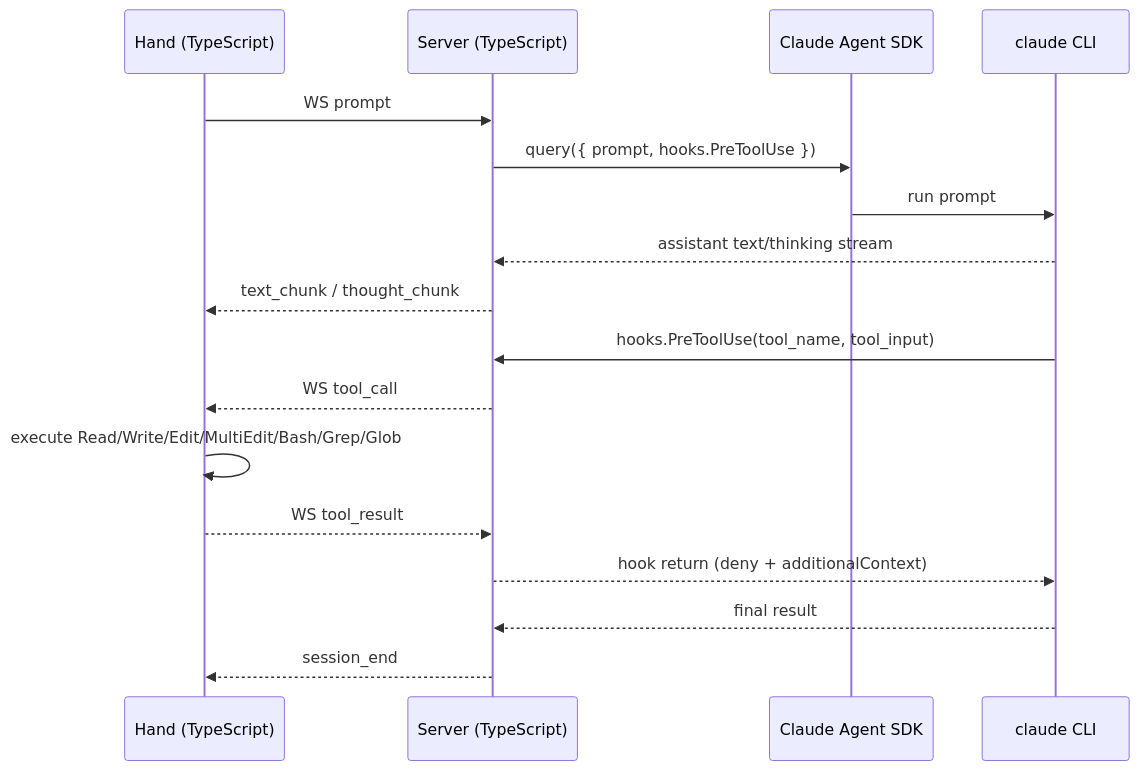
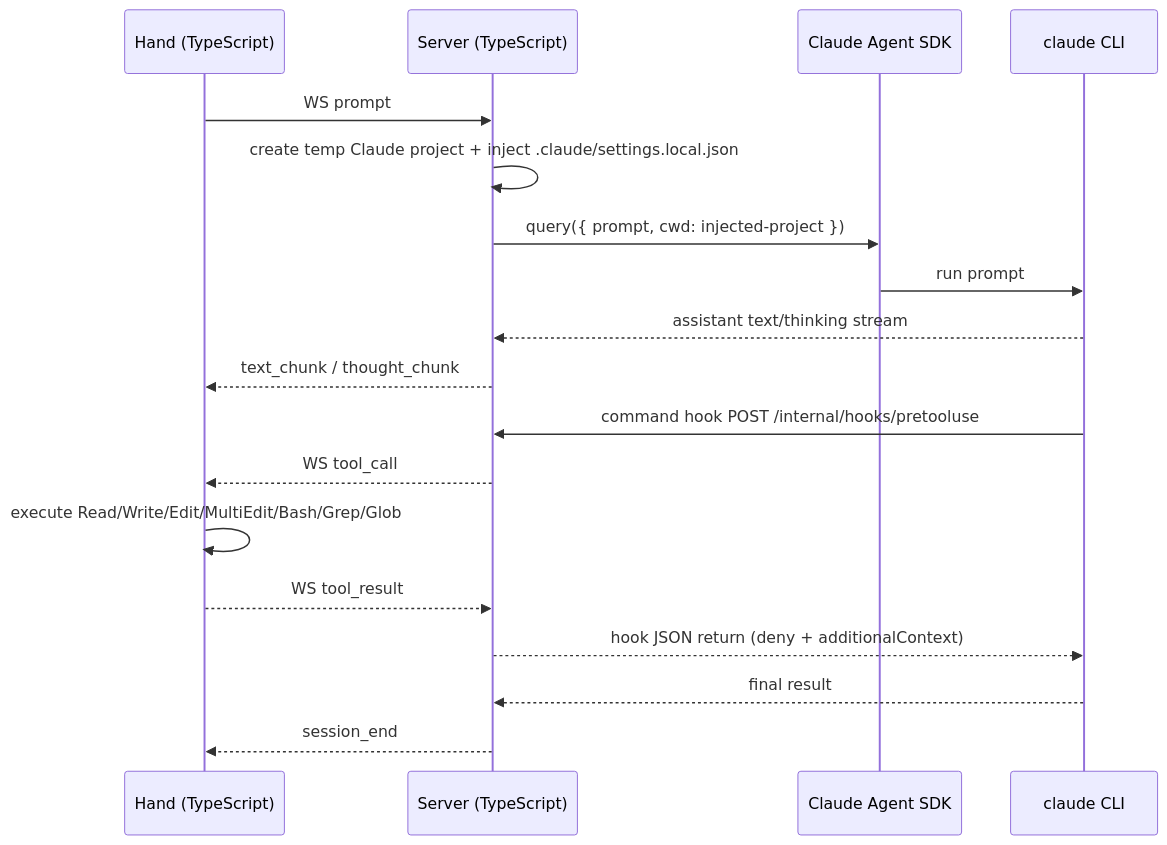
Before and after one commit to n374/cerelay: the second of 2 diagrams in README.md, drawn with Mermaid. The commit also changed other lines of this file and 4 other files, not shown here.

````diff
--- a/README.md
+++ b/README.md
@@ -38,20 +38,21 @@
 ```mermaid
 sequenceDiagram
     participant H as Hand (TypeScript)
     participant S as Server (TypeScript)
     participant SDK as Claude Agent SDK
     participant C as claude CLI
 
     H->>S: WS prompt
-    S->>SDK: query({ prompt, hooks.PreToolUse })
+    S->>S: create temp Claude project + inject .claude/settings.local.json
+    S->>SDK: query({ prompt, cwd: injected-project })
     SDK->>C: run prompt
     C-->>S: assistant text/thinking stream
     S-->>H: text_chunk / thought_chunk
-    C->>S: hooks.PreToolUse(tool_name, tool_input)
+    C->>S: command hook POST /internal/hooks/pretooluse
     S-->>H: WS tool_call
     H->>H: execute Read/Write/Edit/MultiEdit/Bash/Grep/Glob
     H-->>S: WS tool_result
-    S-->>C: hook return (deny + additionalContext)
+    S-->>C: hook JSON return (deny + additionalContext)
     C-->>S: final result
     S-->>H: session_end
 ```
````
